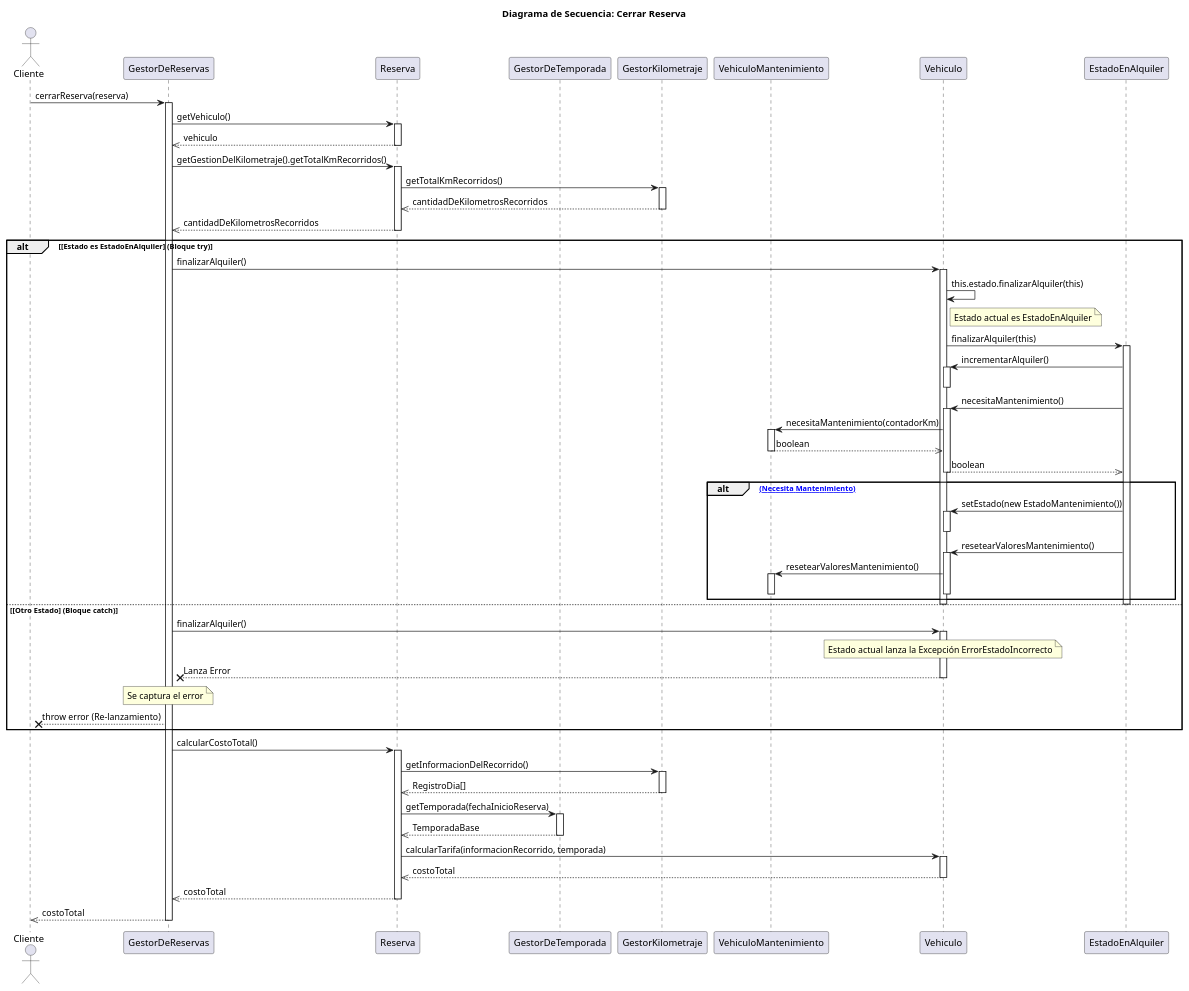
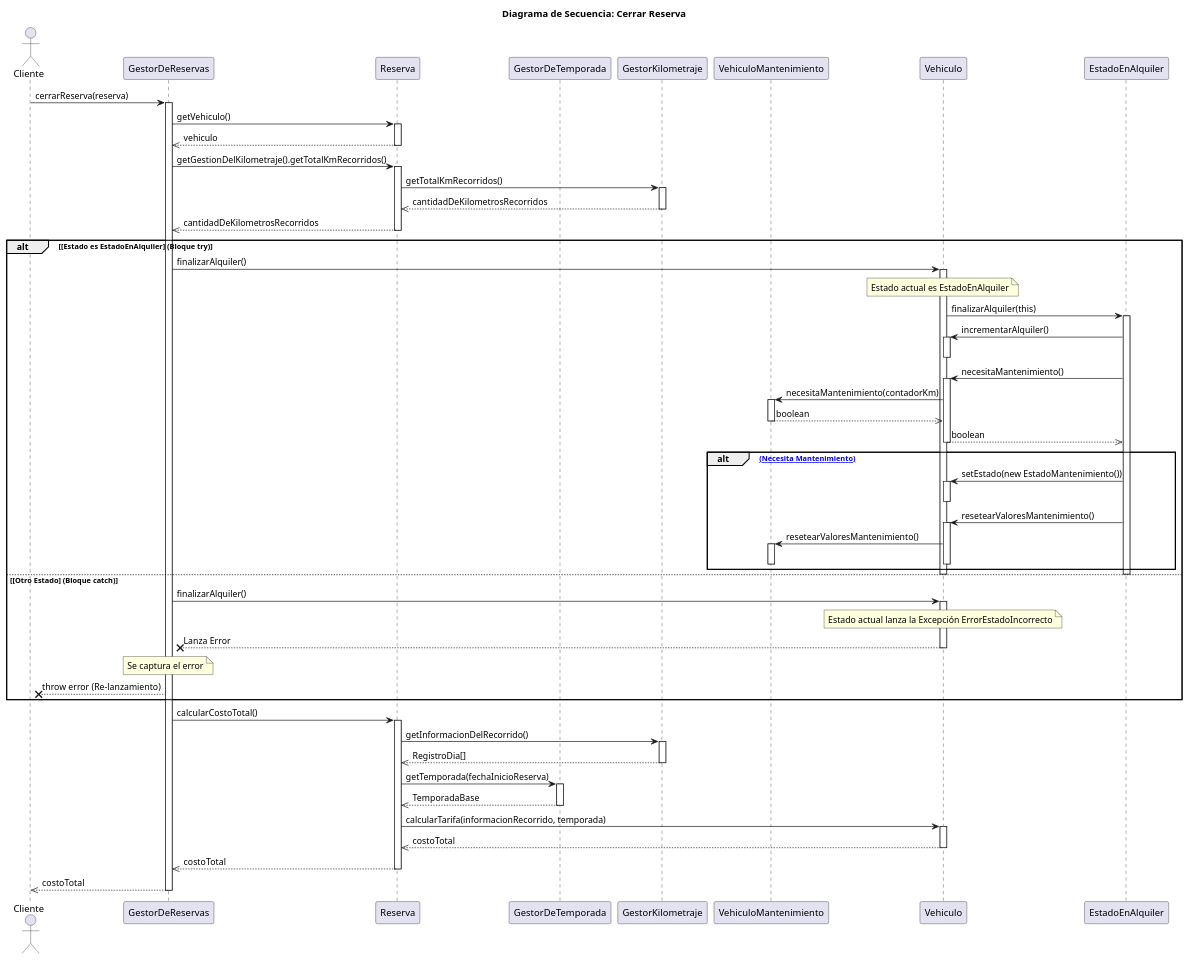
Before and after one commit to AndresCastro-hub/Tp-Alquiler-de-autos: the diagram in diagramas/sequencia/secuenciaCerrarReserva.puml, drawn with PlantUML. The commit also changed 2 other files, not shown here.

Commit message:
Actualizado diagrama de secuencia crear reserva

```diff
--- a/diagramas/sequencia/secuenciaCerrarReserva.puml
+++ b/diagramas/sequencia/secuenciaCerrarReserva.puml
@@ -1,104 +1,103 @@
 @startuml Cerrar Reserva
 title Diagrama de Secuencia: Cerrar Reserva
 
 actor Cliente as user
 participant "GestorDeReservas" as gR
 participant "Reserva" as res
 participant "GestorDeTemporada" as gT
 participant "GestorKilometraje" as gK
 participant "VehiculoMantenimiento" as vMant
 participant "Vehiculo" as veh
 participant "EstadoEnAlquiler" as eAlquiler
 
 user -> gR : cerrarReserva(reserva)
 
 activate gR
     gR -> res : getVehiculo()
     activate res
         res -->> gR : vehiculo
     deactivate res
 
     gR -> res : getGestionDelKilometraje().getTotalKmRecorridos()
     activate res
         res -> gK : getTotalKmRecorridos()
         activate gK
             gK -->> res : cantidadDeKilometrosRecorridos
         deactivate gK
         res -->> gR : cantidadDeKilometrosRecorridos
     deactivate res
 
 'Finalizar Alquiler
     alt **[Estado es EstadoEnAlquiler]** (Bloque try)
         gR -> veh : finalizarAlquiler()
         activate veh
-            veh -> veh : this.estado.finalizarAlquiler(this)
-            Note right of veh : Estado actual es EstadoEnAlquiler
+            Note over veh : Estado actual es EstadoEnAlquiler
             veh -> eAlquiler : finalizarAlquiler(this)
             activate eAlquiler
 
                 eAlquiler -> veh : incrementarAlquiler()
                 activate veh
                 deactivate veh
 
                 eAlquiler -> veh : necesitaMantenimiento()
                 activate veh
                     veh -> vMant : necesitaMantenimiento(contadorKm)
                     activate vMant
                         vMant -->> veh : boolean
                     deactivate vMant
                     veh -->> eAlquiler : boolean
                 deactivate veh
 
 
                 alt [(true) (Necesita Mantenimiento)]
                     eAlquiler -> veh : setEstado(new EstadoMantenimiento())
                     activate veh
                     deactivate veh
 
                     eAlquiler -> veh : resetearValoresMantenimiento()
                     activate veh
                         veh -> vMant : resetearValoresMantenimiento()
                         activate vMant
                         deactivate vMant
                     deactivate veh
                 end
             deactivate eAlquiler
         
         deactivate veh
 
     else **[Otro Estado]** (Bloque catch)
         gR -> veh : finalizarAlquiler()
         activate veh
             Note over veh: Estado actual lanza la Excepción ErrorEstadoIncorrecto
             veh --x gR : Lanza Error
         deactivate veh
         Note over gR: Se captura el error
         gR --x user : throw error (Re-lanzamiento)
     end
 
     ' Calcular Costo Total
     gR -> res : calcularCostoTotal()
     activate res
         res -> gK : getInformacionDelRecorrido()
         activate gK
             gK -->> res : RegistroDia[]
         deactivate gK
 
         res -> gT : getTemporada(fechaInicioReserva)
         activate gT
             gT -->> res : TemporadaBase
         deactivate gT
 
         res -> veh : calcularTarifa(informacionRecorrido, temporada)
         activate veh
             veh -->> res : costoTotal
         deactivate veh
 
         res -->> gR : costoTotal
     deactivate res
 
     gR -->> user : costoTotal
 
 deactivate gR
 
 @enduml
```
